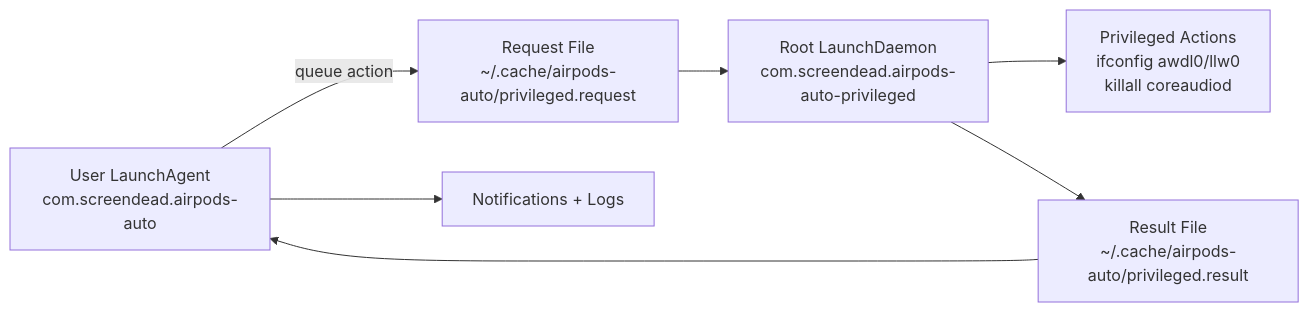
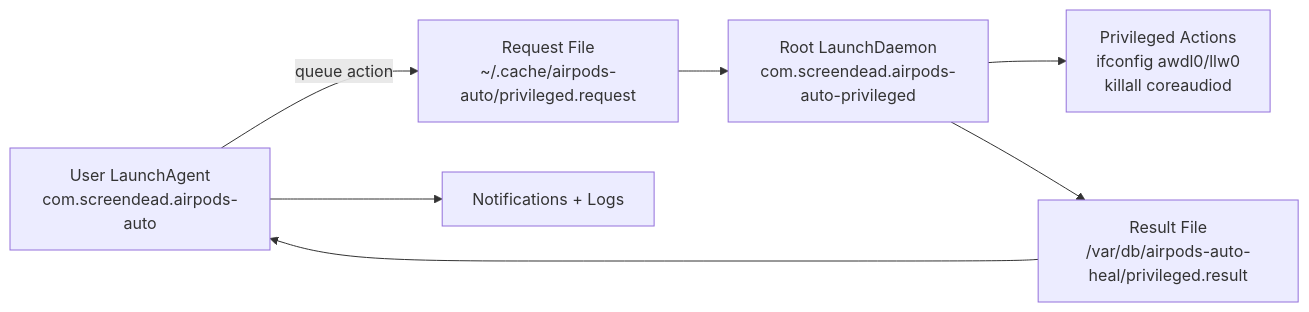
The diagram in README.md (Screendead/airpods-auto-heal), drawn with Mermaid before and after one commit. The commit also changed other lines of this file and 8 other files, not shown here.

````diff
--- a/README.md
+++ b/README.md
@@ -18,9 +18,9 @@
 ```mermaid
 flowchart LR
 	A[User LaunchAgent\ncom.screendead.airpods-auto] -->|queue action| B[Request File\n~/.cache/airpods-auto/privileged.request]
 	B --> C[Root LaunchDaemon\ncom.screendead.airpods-auto-privileged]
 	C --> D[Privileged Actions\nifconfig awdl0/llw0\nkillall coreaudiod]
-	C --> E[Result File\n~/.cache/airpods-auto/privileged.result]
+	C --> E[Result File\n/var/db/airpods-auto-heal/privileged.result]
 	E --> A
 	A --> F[Notifications + Logs]
 ```
````
